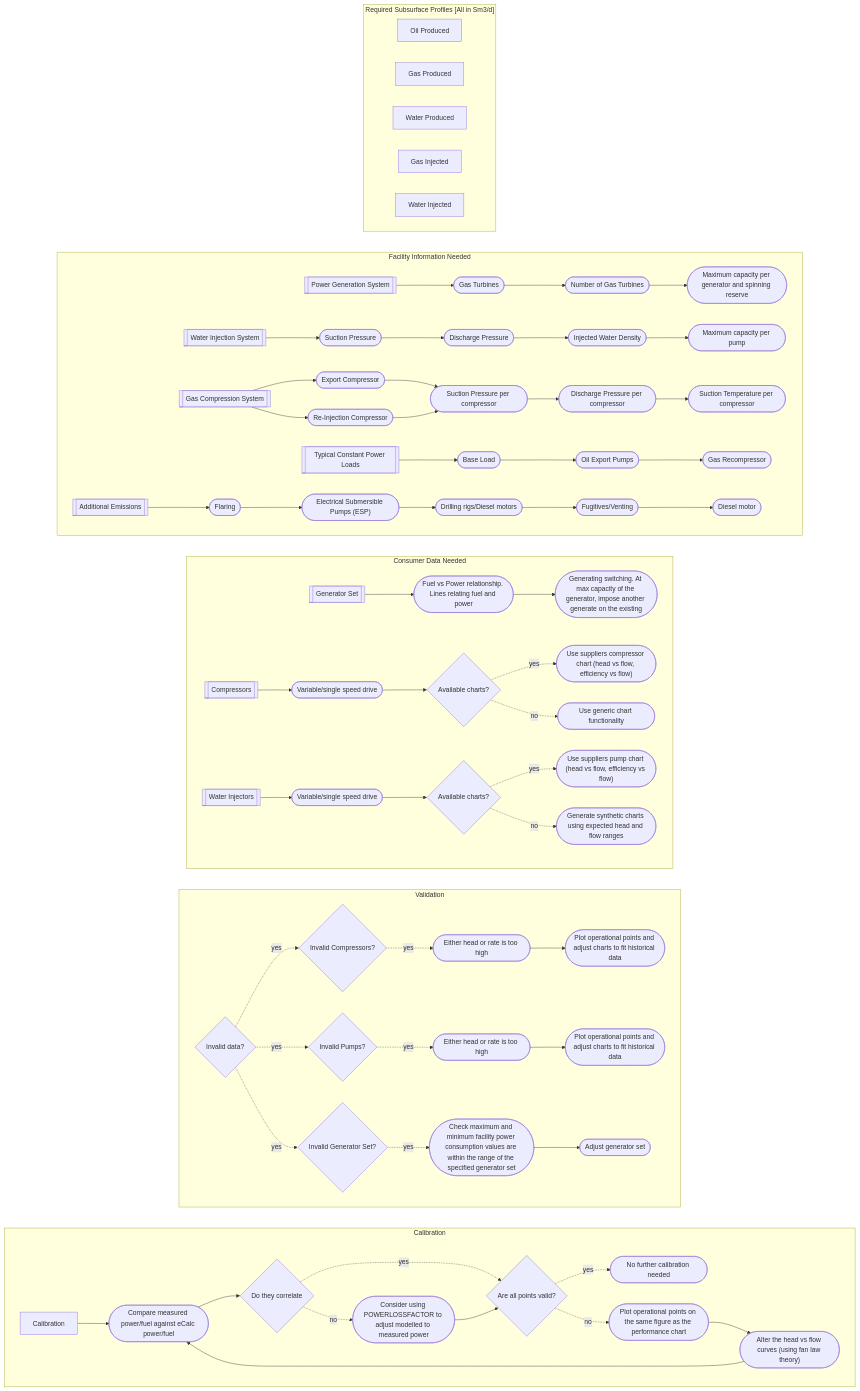
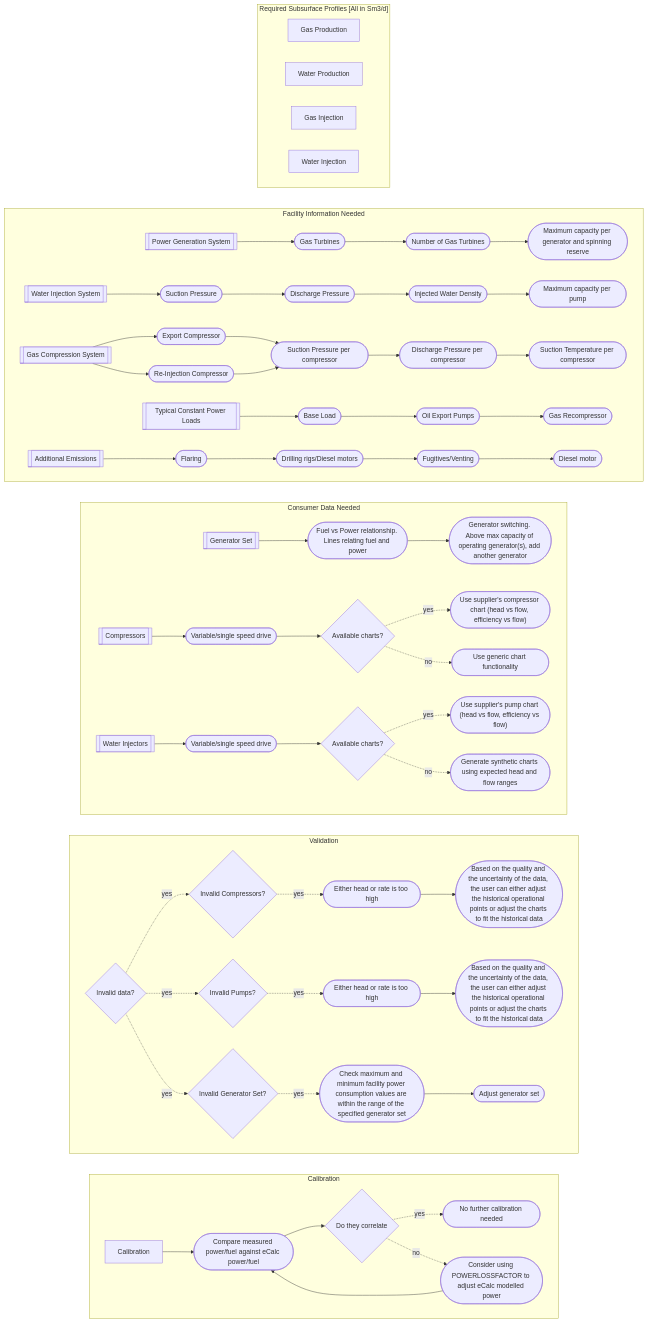
The diagram in docs/docs/about/modelling/workflow/generic_workflow.md (equinor/ecalc), drawn with Mermaid before and after one commit. The commit also changed other lines of this file, not shown here.

Commit message:
docs: update generic workflow in docs

````diff
--- a/docs/docs/about/modelling/workflow/generic_workflow.md
+++ b/docs/docs/about/modelling/workflow/generic_workflow.md
@@ -16,11 +16,10 @@
 ```mermaid
   flowchart TD;
       subgraph ide1 ["Required Subsurface Profiles [All in Sm3/d]"]
-          ide1_A[Oil Produced];
-          ide1_B[Gas Produced];
-          ide1_C[Water Produced];
-          ide1_D[Gas Injected];
-          ide1_E[Water Injected];
+          ide1_A[Gas Production];
+          ide1_B[Water Production];
+          ide1_C[Gas Injection];
+          ide1_D[Water Injection];
       end
       
       
@@ -46,26 +45,25 @@
           ide2_C_2 --> ide2_C_3(["`Gas Recompressor`"])
     
           ide2_E[[Additional Emissions]] --> ide2_E_1([Flaring]);
-          ide2_E_1 --> ide2_E_2(["`Electrical Submersible Pumps (ESP)`"])
-          ide2_E_2 --> ide2_E_3(["`Drilling rigs/Diesel motors`"])
-          ide2_E_3 --> ide2_E_4(["`Fugitives/Venting`"])
-          ide2_E_4 --> ide2_E_5(["`Diesel motor`"])
+          ide2_E_1 --> ide2_E_2(["`Drilling rigs/Diesel motors`"])
+          ide2_E_2 --> ide2_E_3(["`Fugitives/Venting`"])
+          ide2_E_3 --> ide2_E_4(["`Diesel motor`"])
       
       end
 
       subgraph ide3 ["Consumer Data Needed"]
 
           ide3_A[[Generator Set]]--> ide3_A_1(["`Fuel vs Power relationship. Lines relating fuel and power`"]);
-          ide3_A_1 --> ide3_A_2(["`Generating switching. At max capacity of the generator, impose another generate on the existing`"]);
+          ide3_A_1 --> ide3_A_2(["`Generator switching. Above max capacity of operating generator(s), add another generator`"]);
     
           ide3_B[[Compressors]] --> ide3_B_1(["`Variable/single speed drive`"]);
           ide3_B_1 --> ide3_B_2{Available charts?};
-          ide3_B_2 -. yes .-> ide3_B_4(["`Use suppliers compressor chart (head vs flow, efficiency vs flow)`"]);
+          ide3_B_2 -. yes .-> ide3_B_4(["`Use supplier's compressor chart (head vs flow, efficiency vs flow)`"]);
           ide3_B_2  -. no .-> ide3_B_3(["`Use generic chart functionality`"]);
     
           ide3_C[[Water Injectors]] --> ide3_C_1(["`Variable/single speed drive`"]);
           ide3_C_1 --> ide3_C_2{Available charts?};
-          ide3_C_2 -. yes .-> ide3_C_4(["`Use suppliers pump chart (head vs flow, efficiency vs flow)`"]);
+          ide3_C_2 -. yes .-> ide3_C_4(["`Use supplier's pump chart (head vs flow, efficiency vs flow)`"]);
           ide3_C_2 -. no .-> ide3_C_3(["`Generate synthetic charts using expected head and flow ranges`"]);
 
       end
@@ -76,11 +74,11 @@
 
           ide4_A -. yes .-> ide4_A_1{"`Invalid Compressors?`"};
           ide4_A_1 -. yes .-> ide4_A_1_1(["`Either head or rate is too high`"]);
-          ide4_A_1_1 --> ide4_A_1_2(["`Plot operational points and adjust charts to fit historical data`"]);
+          ide4_A_1_1 --> ide4_A_1_2(["`Based on the quality and the uncertainty of the data, the user can either adjust the historical operational points or adjust the charts to fit the historical data`"]);
     
           ide4_A -. yes .-> ide4_A_3{"`Invalid Pumps?`"};
           ide4_A_3 -. yes .-> ide4_A_3_1(["`Either head or rate is too high`"]);
-          ide4_A_3_1 --> ide4_A_3_2(["`Plot operational points and adjust charts to fit historical data`"]);
+          ide4_A_3_1 --> ide4_A_3_2(["`Based on the quality and the uncertainty of the data, the user can either adjust the historical operational points or adjust the charts to fit the historical data`"]);
     
           ide4_A -. yes .-> ide4_A_4{"`Invalid Generator Set?`"};
           ide4_A_4 -. yes .-> ide4_A_4_1(["`Check maximum and minimum facility power consumption values are within the range of the specified generator set`"]);
@@ -92,13 +90,9 @@
 
           ide5_A["`Calibration`"] --> ide5_A_1(["`Compare measured power/fuel against eCalc power/fuel`"]) ;
           ide5_A_1 --> ide5_A_2{"`Do they correlate`"}
-          ide5_A_2 -. yes .-> ide5_A_3_1{"`Are all points valid?`"};
-          ide5_A_3_1 -. yes .-> ide5_A_3_2(["`No further calibration needed`"])
-          ide5_A_2 -. no .-> ide5_A_2_1(["`Consider using POWERLOSSFACTOR to adjust modelled to measured power`"])
-          ide5_A_2_1 --> ide5_A_3_1
-          ide5_A_4_1(["`Plot operational points on the same figure as the performance chart`"]) --> ide5_A_4_2(["`Alter the head vs flow curves (using fan law theory)`"])
-          ide5_A_4_2 --> ide5_A_1
-          ide5_A_3_1 -. no .-> ide5_A_4_1
+          ide5_A_2 -. yes .-> ide5_A_3_2(["`No further calibration needed`"])
+          ide5_A_2 -. no .-> ide5_A_2_1(["`Consider using POWERLOSSFACTOR to adjust eCalc modelled power`"])
+          ide5_A_2_1 --> ide5_A_1
       end
       
       ide1 ~~~ ide2
````
